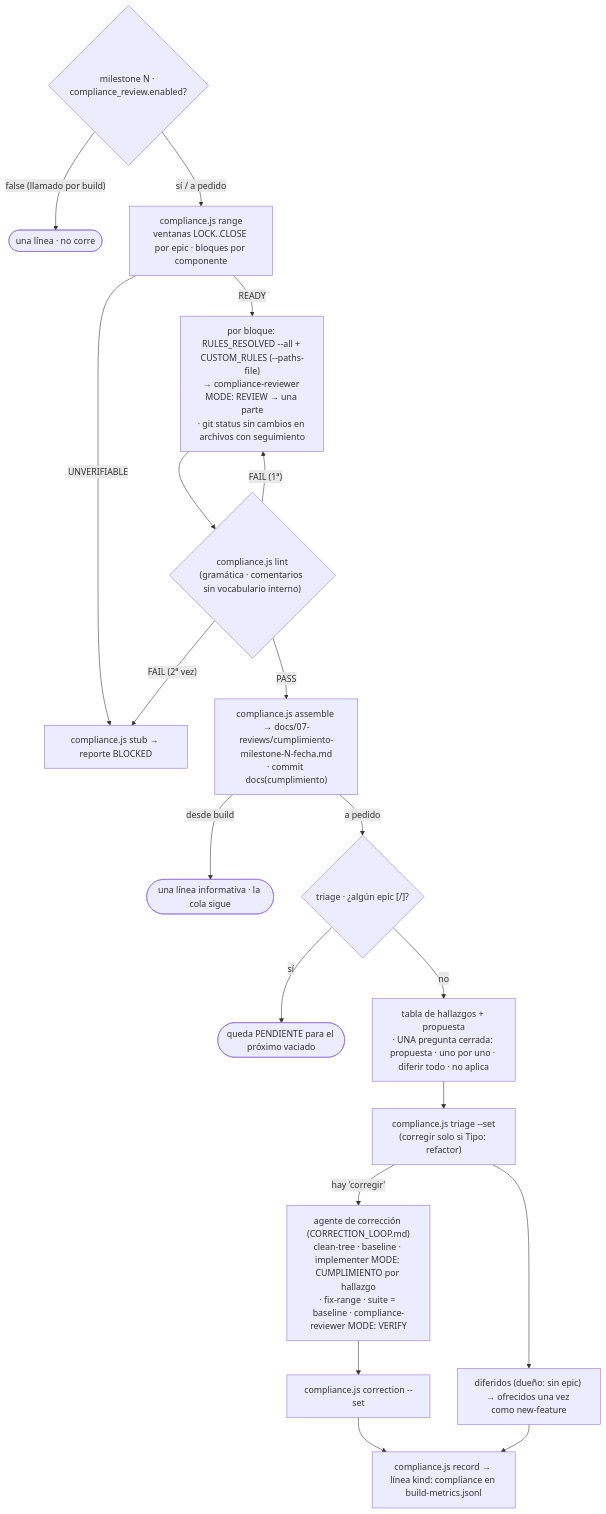
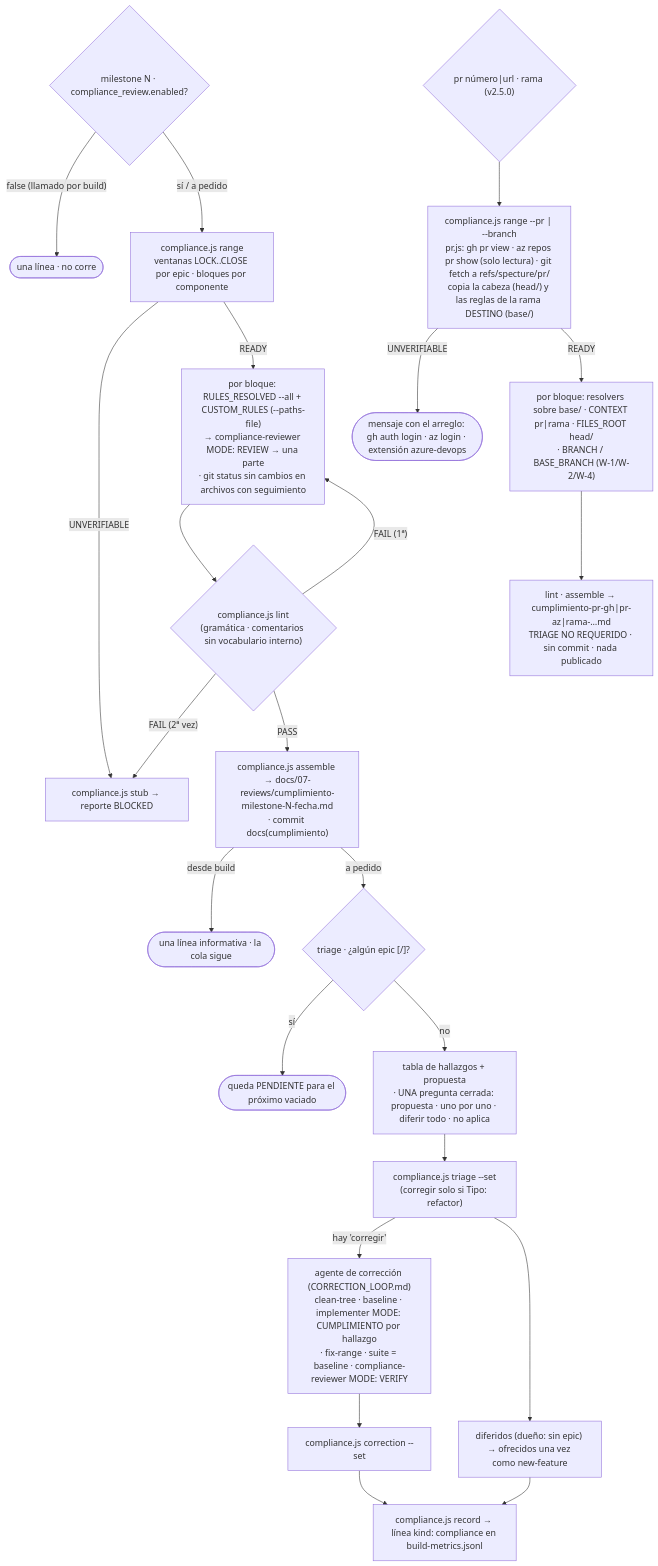
One commit to FerEscobarDev/Specture changed diagram 23 of 23 in docs/execution-flows.md. Above: the diagram before and after it, drawn with Mermaid.

Commit message:
docs(execution-flows): camino de PR y rama en el diagrama de compliance-review

````diff
--- a/docs/execution-flows.md
+++ b/docs/execution-flows.md
@@ -746,21 +746,25 @@
 ```mermaid
 flowchart TD
     M0{"milestone N · compliance_review.enabled?"} -->|"false (llamado por build)"| OFF(["una línea · no corre"])
     M0 -->|"sí / a pedido"| R["compliance.js range<br/>ventanas LOCK..CLOSE por epic · bloques por componente"]
     R -->|UNVERIFIABLE| STUB["compliance.js stub → reporte BLOCKED"]
     R -->|READY| C["por bloque: RULES_RESOLVED --all + CUSTOM_RULES (--paths-file)<br/>→ compliance-reviewer MODE: REVIEW → una parte<br/>· git status sin cambios en archivos con seguimiento"]
     C --> LINT{"compliance.js lint<br/>(gramática · comentarios sin vocabulario interno)"}
     LINT -->|"FAIL (2ª vez)"| STUB
     LINT -->|"FAIL (1ª)"| C
     LINT -->|PASS| AS["compliance.js assemble → docs/07-reviews/cumplimiento-milestone-N-fecha.md<br/>· commit docs(cumplimiento)"]
     AS -->|"desde build"| BACK(["una línea informativa · la cola sigue"])
     AS -->|"a pedido"| T
     T{"triage · ¿algún epic [/]?"} -->|sí| PEND(["queda PENDIENTE para el próximo vaciado"])
     T -->|no| Q["tabla de hallazgos + propuesta<br/>· UNA pregunta cerrada: propuesta · uno por uno · diferir todo · no aplica"]
     Q --> TS["compliance.js triage --set<br/>(corregir solo si Tipo: refactor)"]
     TS -->|"hay 'corregir'"| FIX["agente de corrección (CORRECTION_LOOP.md)<br/>clean-tree · baseline · implementer MODE: CUMPLIMIENTO por hallazgo<br/>· fix-range · suite = baseline · compliance-reviewer MODE: VERIFY"]
     FIX --> CO["compliance.js correction --set"]
     TS --> DEF["diferidos (dueño: sin epic) → ofrecidos una vez como new-feature"]
     CO --> REC["compliance.js record → línea kind: compliance en build-metrics.jsonl"]
     DEF --> REC
+    PRM{"pr número|url · rama (v2.5.0)"} --> PRR["compliance.js range --pr | --branch<br/>pr.js: gh pr view · az repos pr show (solo lectura) · git fetch a refs/specture/pr/<br/>copia la cabeza (head/) y las reglas de la rama DESTINO (base/)"]
+    PRR -->|UNVERIFIABLE| PRE(["mensaje con el arreglo: gh auth login · az login · extensión azure-devops"])
+    PRR -->|READY| PRC["por bloque: resolvers sobre base/ · CONTEXT pr|rama · FILES_ROOT head/<br/>· BRANCH / BASE_BRANCH (W-1/W-2/W-4)"]
+    PRC --> PRA["lint · assemble → cumplimiento-pr-gh|pr-az|rama-…md<br/>TRIAGE NO REQUERIDO · sin commit · nada publicado"]
 ```
````
